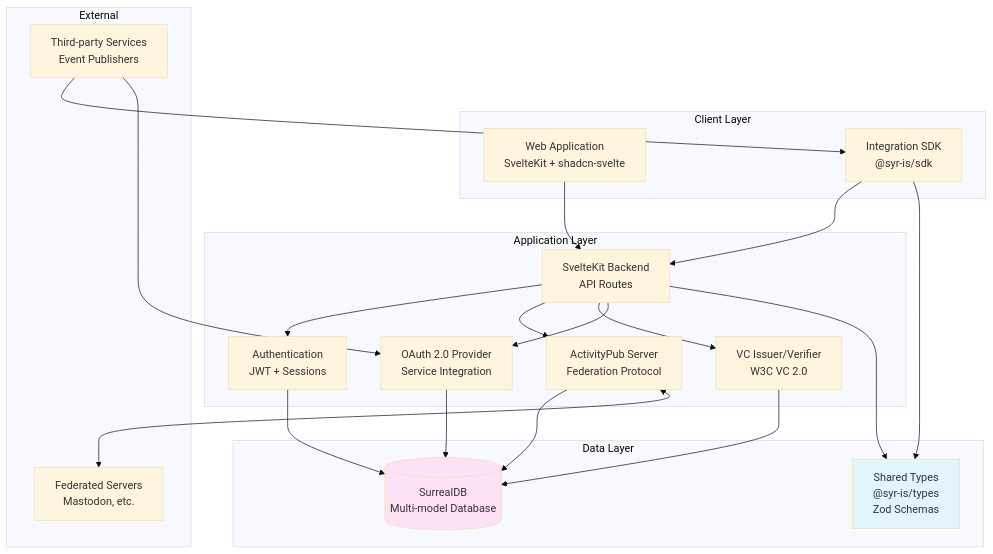
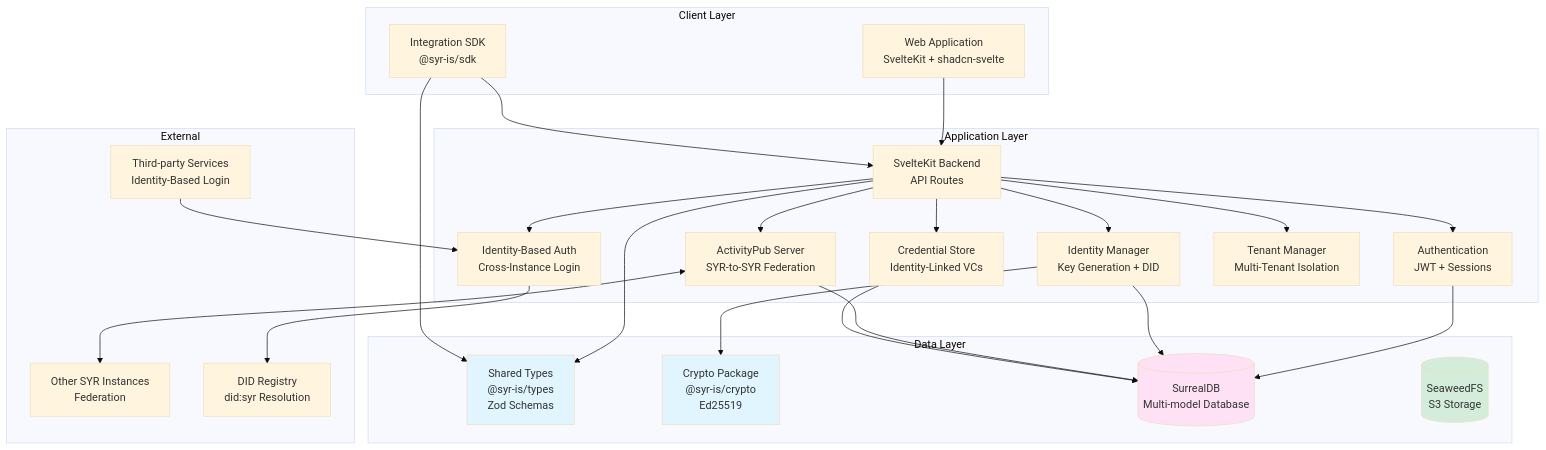
Before and after one commit to syr-is/syr: the first of 19 diagrams in Architecture.md, drawn with Mermaid (base theme). The commit also changed other lines of this file and 491 other files, not shown here.

````diff
--- a/Architecture.md
+++ b/Architecture.md
@@ -14,47 +16,57 @@
 ```mermaid
 graph TB
     subgraph "Client Layer"
         Web[Web Application<br/>SvelteKit + shadcn-svelte]
         SDK[Integration SDK<br/>@syr-is/sdk]
     end
 
     subgraph "Application Layer"
         API[SvelteKit Backend<br/>API Routes]
         Auth[Authentication<br/>JWT + Sessions]
-        AP[ActivityPub Server<br/>Federation Protocol]
-        VC[VC Issuer/Verifier<br/>W3C VC 2.0]
-        OAuth[OAuth 2.0 Provider<br/>Service Integration]
+        IDM[Identity Manager<br/>Key Generation + DID]
+        AP[ActivityPub Server<br/>SYR-to-SYR Federation]
+        VC[Credential Store<br/>Identity-Linked VCs]
+        IDA[Identity-Based Auth<br/>Cross-Instance Login]
+        TM[Tenant Manager<br/>Multi-Tenant Isolation]
     end
 
     subgraph "Data Layer"
         Types[Shared Types<br/>@syr-is/types<br/>Zod Schemas]
+        Crypto[Crypto Package<br/>@syr-is/crypto<br/>Ed25519]
         DB[(SurrealDB<br/>Multi-model Database)]
+        S3[(SeaweedFS<br/>S3 Storage)]
     end
 
     subgraph "External"
-        Fedi[Federated Servers<br/>Mastodon, etc.]
-        Services[Third-party Services<br/>Event Publishers]
+        SYR2[Other SYR Instances<br/>Federation]
+        Services[Third-party Services<br/>Identity-Based Login]
+        Registry[DID Registry<br/>did:syr Resolution]
     end
 
     Web --> API
     SDK --> API
     API --> Auth
+    API --> IDM
     API --> AP
     API --> VC
-    API --> OAuth
+    API --> IDA
+    API --> TM
 
     Auth --> DB
+    IDM --> DB
+    IDM --> Crypto
     AP --> DB
     VC --> DB
-    OAuth --> DB
+    IDA --> Registry
 
     API --> Types
     SDK --> Types
 
-    AP <--> Fedi
-    Services --> SDK
-    Services --> OAuth
+    AP <--> SYR2
+    Services --> IDA
 
     style Types fill:#e1f5ff
+    style Crypto fill:#e1f5ff
     style DB fill:#ffe1f5
+    style S3 fill:#d4edda
 ```
````
